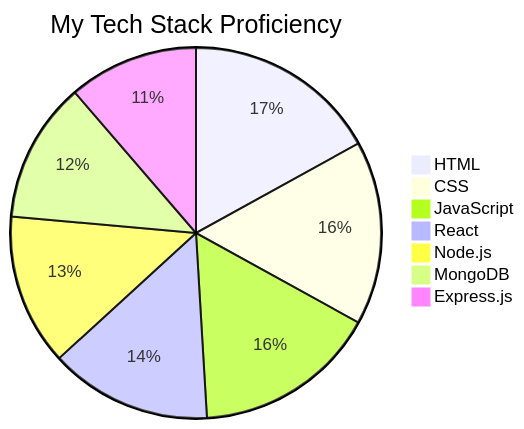
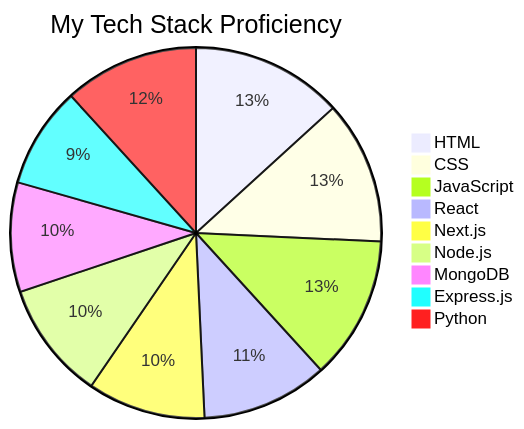
One commit to safwan125/safwan125 changed the diagram in README.md. Above: the diagram before and after it, drawn with Mermaid. The commit also changed other lines of this file, not shown here.

````diff
--- a/README.md
+++ b/README.md
@@ -30,11 +32,13 @@
 ```mermaid
 pie
 title My Tech Stack Proficiency
 "HTML": 90
 "CSS": 85
 "JavaScript": 85
 "React": 75
+"Next.js": 70
 "Node.js": 70
 "MongoDB": 65
 "Express.js": 60
+"Python": 80
 ```
````
